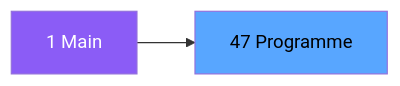
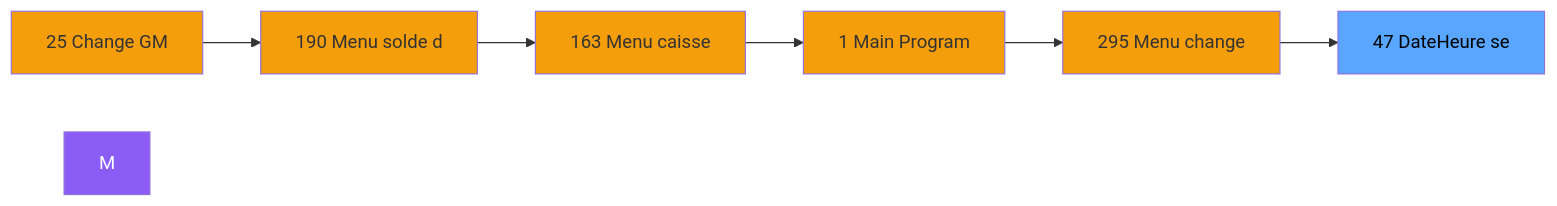
Before and after one commit to thonyAGP/magic-migration: the second of 3 diagrams in .openspec/specs/ADH-IDE-47.md, drawn with Mermaid. The commit also changed other lines of this file and 323 other files, not shown here.

````diff
--- a/.openspec/specs/ADH-IDE-47.md
+++ b/.openspec/specs/ADH-IDE-47.md
@@ -98,8 +106,21 @@
 ```mermaid
 graph LR
-    M[1 Main]
-    T[47 Programme]
-    M --> T
+    N25[25 Change GM]
+    N190[190 Menu solde d]
+    N163[163 Menu caisse ]
+    N1[1 Main Program]
+    N295[295 Menu change ]
+    T[47 DateHeure se]
+    N25 --> N190
+    N190 --> N163
+    N163 --> N1
+    N1 --> N295
+    N295 --> T
     style M fill:#8b5cf6,color:#fff
+    style N25 fill:#f59e0b
+    style N190 fill:#f59e0b
+    style N163 fill:#f59e0b
+    style N1 fill:#f59e0b
+    style N295 fill:#f59e0b
     style T fill:#58a6ff,color:#000
 ```
````
